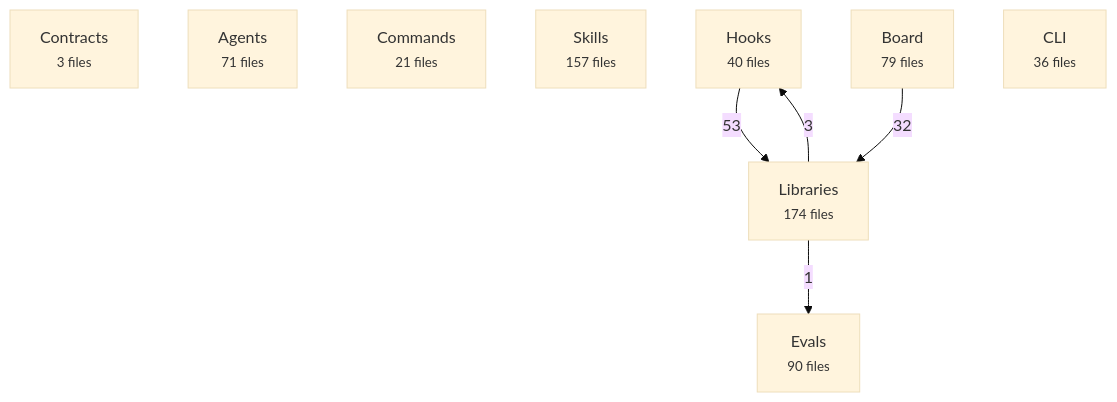
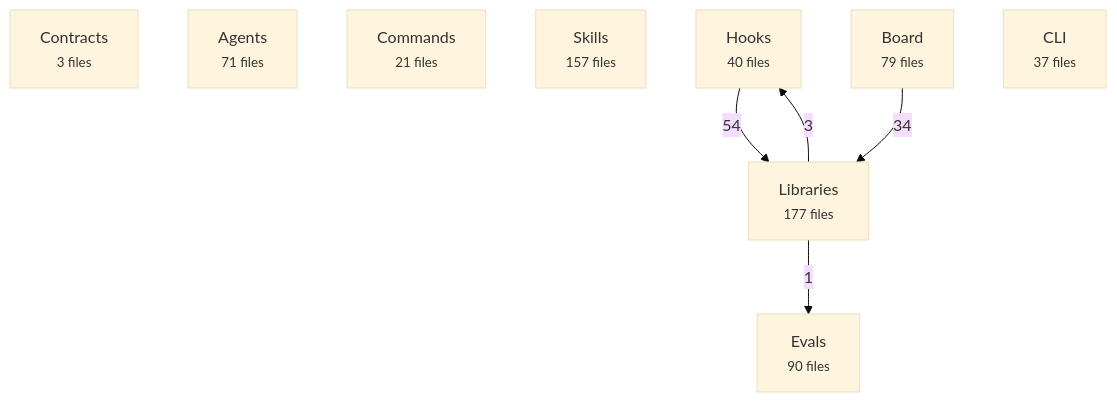
One commit to avelikiy/great_cto changed the first of 2 diagrams in docs/reference/architecture-map.md. Above: the diagram before and after it, drawn with Mermaid (base theme). The commit also changed other lines of this file and 22 other files, not shown here.

````diff
--- a/docs/reference/architecture-map.md
+++ b/docs/reference/architecture-map.md
@@ -20,16 +20,16 @@
 ```mermaid
 flowchart TD
   contracts["Contracts<br/><small>3 files</small>"]
   agents["Agents<br/><small>71 files</small>"]
   commands["Commands<br/><small>21 files</small>"]
   skills["Skills<br/><small>157 files</small>"]
   hooks["Hooks<br/><small>40 files</small>"]
-  libs["Libraries<br/><small>174 files</small>"]
+  libs["Libraries<br/><small>177 files</small>"]
   board["Board<br/><small>79 files</small>"]
-  cli["CLI<br/><small>36 files</small>"]
+  cli["CLI<br/><small>37 files</small>"]
   evals["Evals<br/><small>90 files</small>"]
-  hooks -->|53| libs
-  board -->|32| libs
+  hooks -->|54| libs
+  board -->|34| libs
   libs -->|3| hooks
   libs -->|1| evals
 ```
````
